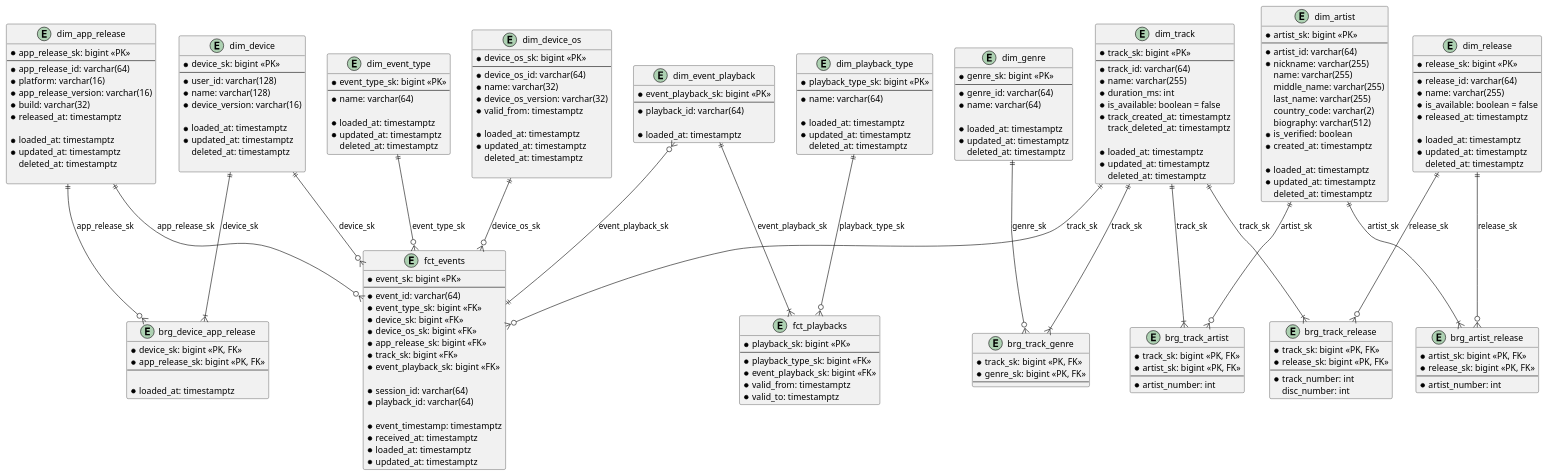
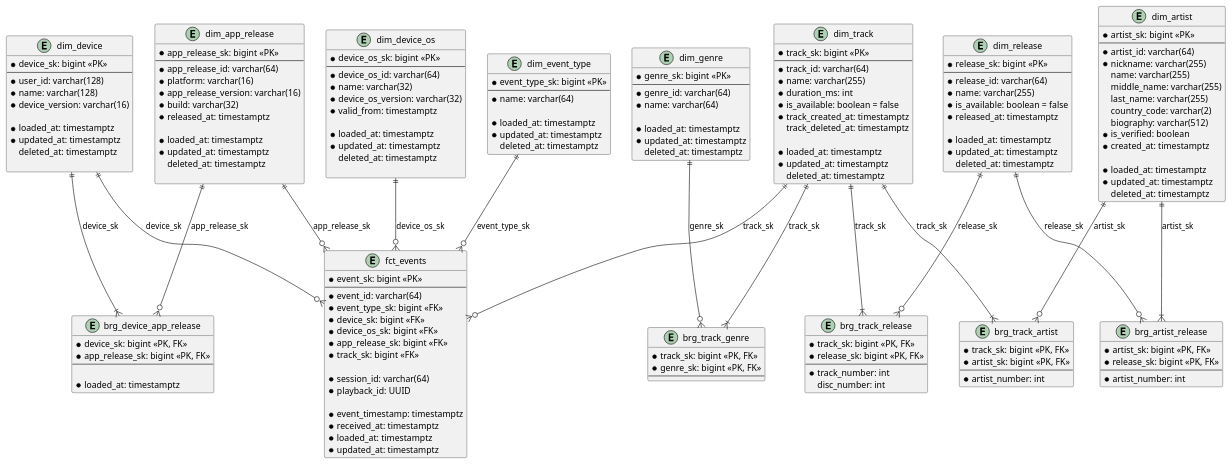
The diagram in sql/dwh/docs/ddl.puml (SINdeletE/music-stream-flow), drawn with PlantUML before and after one commit. The commit also changed 25 other files, not shown here.

```diff
--- a/sql/dwh/docs/ddl.puml
+++ b/sql/dwh/docs/ddl.puml
@@ -110,24 +110,6 @@
     deleted_at: timestamptz
 }
 
-entity dim_playback_type {
-    * playback_type_sk: bigint <<PK>>
-    --
-    * name: varchar(64)
-
-    * loaded_at: timestamptz
-    * updated_at: timestamptz
-    deleted_at: timestamptz
-}
-
-entity dim_event_playback {
-    * event_playback_sk: bigint <<PK>>
-    --
-    * playback_id: varchar(64)
-
-    * loaded_at: timestamptz
-}
-
 ' Bridges
 entity brg_device_app_release {
     * device_sk: bigint <<PK, FK>>
@@ -175,10 +157,9 @@
     * device_os_sk: bigint <<FK>>
     * app_release_sk: bigint <<FK>>
     * track_sk: bigint <<FK>>
-    * event_playback_sk: bigint <<FK>>
     
     * session_id: varchar(64)
-    * playback_id: varchar(64)
+    * playback_id: UUID
 
     * event_timestamp: timestamptz
     * received_at: timestamptz
@@ -186,24 +167,12 @@
     * updated_at: timestamptz
 }
 
-entity fct_playbacks {
-    * playback_sk: bigint <<PK>>
-    --
-    * playback_type_sk: bigint <<FK>>
-    * event_playback_sk: bigint <<FK>>
-    * valid_from: timestamptz
-    * valid_to: timestamptz
-}
 ' Fact to dimensions (including Unknown / Not applicable members)
 dim_event_type ||--o{ fct_events : event_type_sk
 dim_device ||--o{ fct_events : device_sk
 dim_device_os ||--o{ fct_events : device_os_sk
 dim_app_release ||--o{ fct_events : app_release_sk
 dim_track ||--o{ fct_events : track_sk
-
-dim_event_playback }o--|| fct_events: event_playback_sk
-dim_event_playback ||--|{ fct_playbacks: event_playback_sk
-dim_playback_type ||--o{ fct_playbacks: playback_type_sk
 
 ' Dimensions to bridges
 dim_device ||--|{ brg_device_app_release : device_sk
```
